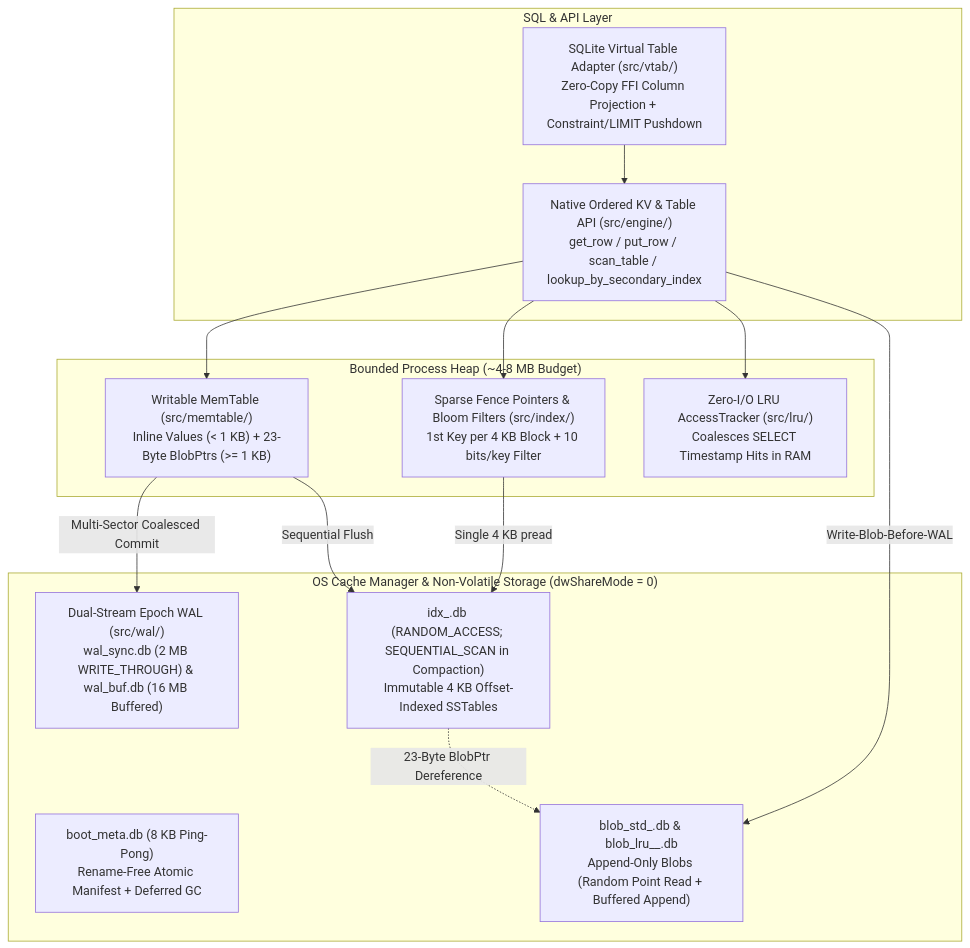
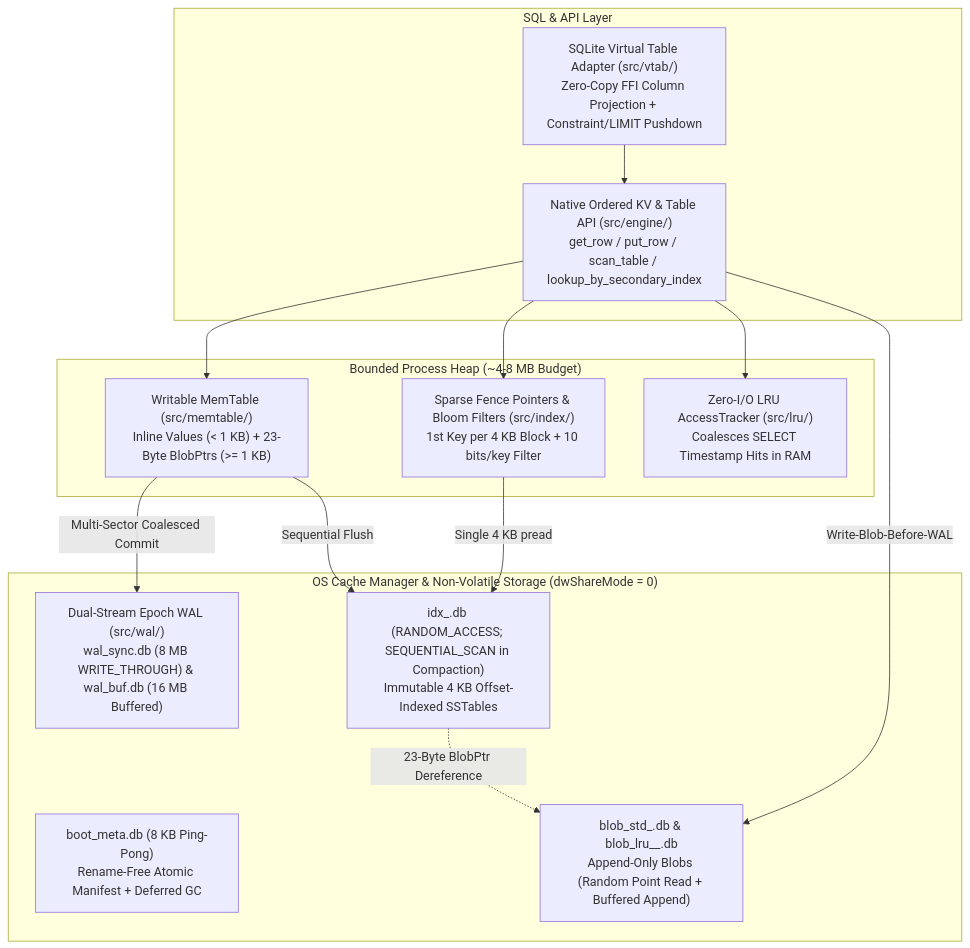
Before and after one commit to toyoshim-i/aydb: the diagram in README.md, drawn with Mermaid. The commit also changed 6 other files, not shown here.

First line of the commit message:
perf(wal): raise the default sync WAL size to 8 MB

````diff
--- a/README.md
+++ b/README.md
@@ -19,30 +19,30 @@
 ```mermaid
 flowchart TB
     subgraph SQL["SQL & API Layer"]
         VTAB["SQLite Virtual Table Adapter (src/vtab/)<br/>Zero-Copy FFI Column Projection + Constraint/LIMIT Pushdown"]
         KVAPI["Native Ordered KV & Table API (src/engine/)<br/>get_row / put_row / scan_table / lookup_by_secondary_index"]
     end
 
     subgraph Memory["Bounded Process Heap (~4-8 MB Budget)"]
         MT["Writable MemTable (src/memtable/)<br/>Inline Values (< 1 KB) + 23-Byte BlobPtrs (>= 1 KB)"]
         FENCE["Sparse Fence Pointers & Bloom Filters (src/index/)<br/>1st Key per 4 KB Block + 10 bits/key Filter"]
         LRU["Zero-I/O LRU AccessTracker (src/lru/)<br/>Coalesces SELECT Timestamp Hits in RAM"]
     end
 
     subgraph Disk["OS Cache Manager & Non-Volatile Storage (dwShareMode = 0)"]
         META["boot_meta.db (8 KB Ping-Pong)<br/>Rename-Free Atomic Manifest + Deferred GC"]
-        WAL["Dual-Stream Epoch WAL (src/wal/)<br/>wal_sync.db (2 MB WRITE_THROUGH) & wal_buf.db (16 MB Buffered)"]
+        WAL["Dual-Stream Epoch WAL (src/wal/)<br/>wal_sync.db (8 MB WRITE_THROUGH) & wal_buf.db (16 MB Buffered)"]
         IDX["idx_<SeqID>.db (RANDOM_ACCESS; SEQUENTIAL_SCAN in Compaction)<br/>Immutable 4 KB Offset-Indexed SSTables"]
         BLOB["blob_std_<SeqID>.db & blob_lru_<TblID>_<SeqID>.db<br/>Append-Only Blobs (Random Point Read + Buffered Append)"]
     end
 
     VTAB --> KVAPI
     KVAPI --> MT
     KVAPI --> FENCE
     KVAPI --> LRU
     MT -->|"Multi-Sector Coalesced Commit"| WAL
     MT -->|"Sequential Flush"| IDX
     FENCE -->|"Single 4 KB pread"| IDX
     KVAPI -->|"Write-Blob-Before-WAL"| BLOB
     IDX -.->|"23-Byte BlobPtr Dereference"| BLOB
 ```
````
